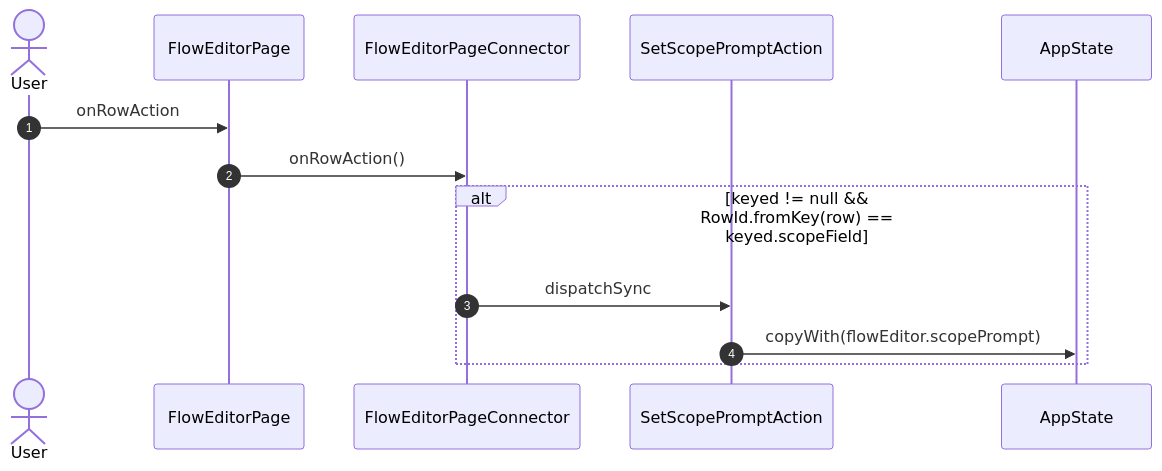
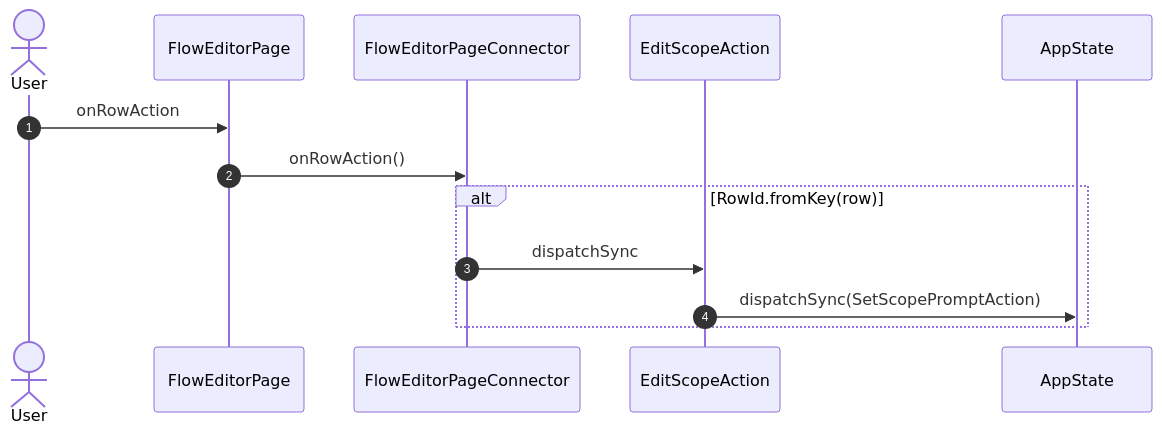
The ninth of 42 diagrams in studio/docs/flows/flowEditor.md (gencto/wyrm), drawn with Mermaid before and after one commit. The commit also changed other lines of this file and 49 other files, not shown here.

````diff
--- a/studio/docs/flows/flowEditor.md
+++ b/studio/docs/flows/flowEditor.md
@@ -189,16 +169,16 @@
 ```mermaid
 sequenceDiagram
     autonumber
     actor User
     participant UI as FlowEditorPage
     participant VM as FlowEditorPageConnector
-    participant A1 as SetScopePromptAction
+    participant A1 as EditScopeAction
     participant ST as AppState
 
     User->>UI: onRowAction
     UI->>VM: onRowAction()
-    alt keyed != null && RowId.fromKey(row) == keyed.scopeField
+    alt RowId.fromKey(row)
         VM->>A1: dispatchSync
-        A1->>ST: copyWith(flowEditor.scopePrompt)
+        A1->>ST: dispatchSync(SetScopePromptAction)
     end
 ```
````
